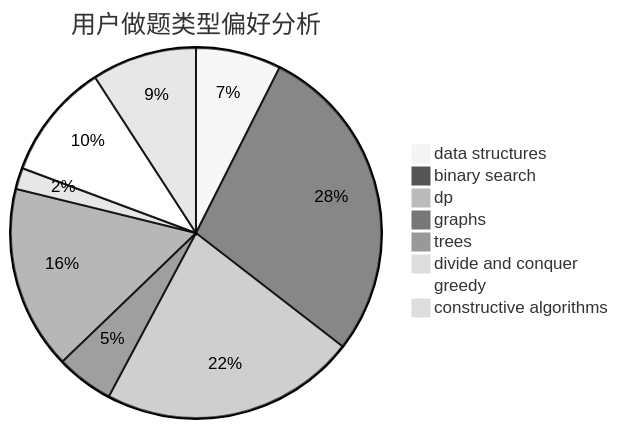
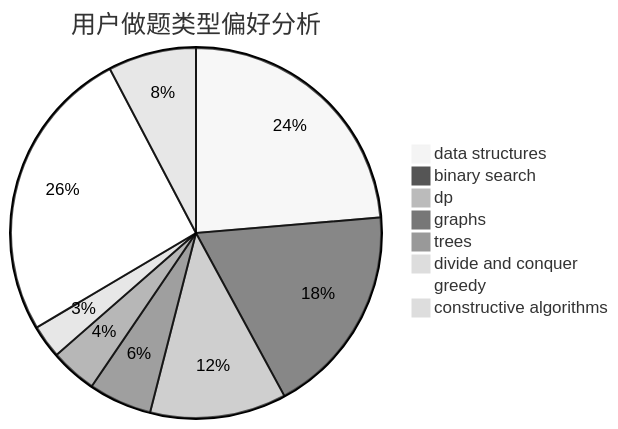
The second of 3 diagrams in docs/user/u2005.md (sherpahu/cfrs.github.io), drawn with Mermaid (neutral theme) before and after one commit. The commit also changed other lines of this file and 2770 other files, not shown here.

````diff
--- a/docs/user/u2005.md
+++ b/docs/user/u2005.md
@@ -23,11 +23,11 @@
 ```mermaid
 pie title 用户做题类型偏好分析
-    "data structures" :  52
-    "binary search" :  196
-    "dp" :  156
-    "graphs" :  35
-    "trees" :  112
-    "divide and conquer" :  13
-    "greedy" :  71
-    "constructive algorithms" :  64
+    "data structures" :  163
+    "binary search" :  127
+    "dp" :  82
+    "graphs" :  38
+    "trees" :  28
+    "divide and conquer" :  20
+    "greedy" :  178
+    "constructive algorithms" :  53
 ```
````
